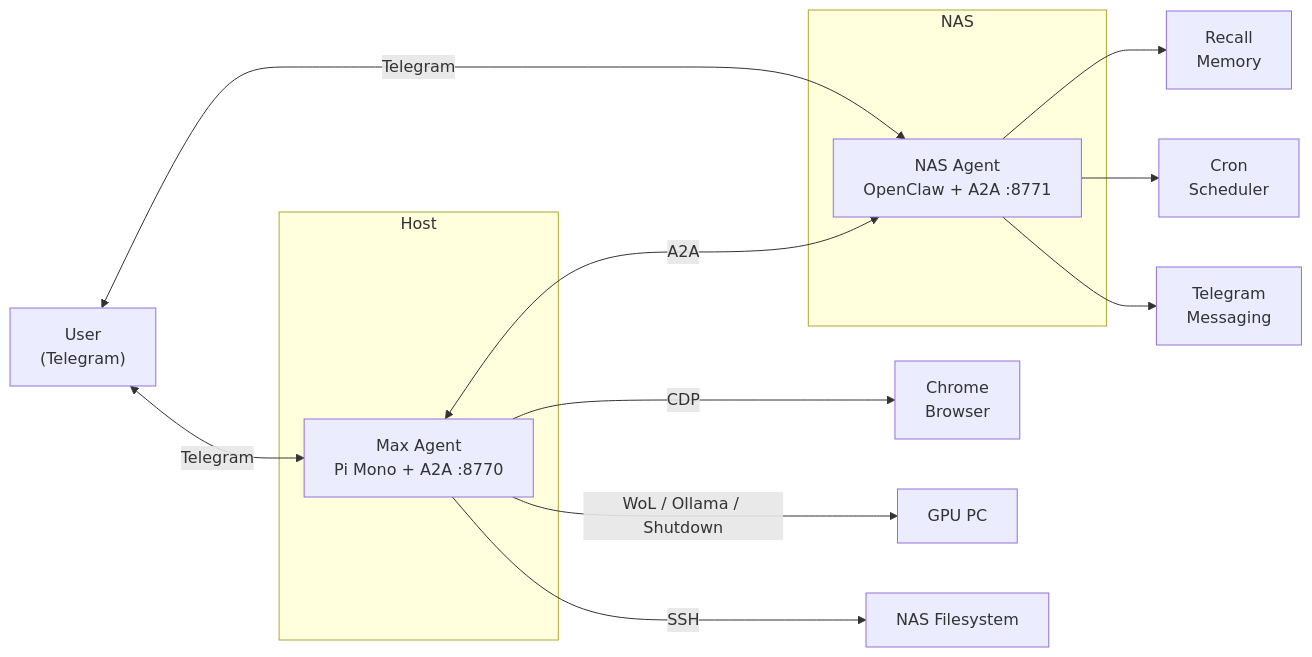
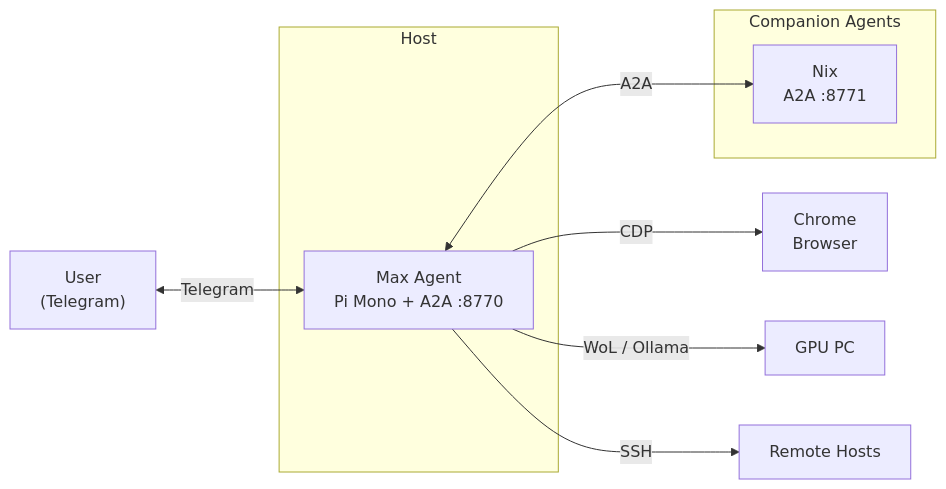
The diagram in README.md (arniesaha/agent-max), drawn with Mermaid before and after one commit. The commit also changed other lines of this file, not shown here.

````diff
--- a/README.md
+++ b/README.md
@@ -9,24 +13,19 @@
 ```mermaid
 graph LR
     User["User<br/>(Telegram)"]
 
     subgraph host["Host"]
         Max["Max Agent<br/>Pi Mono + A2A :8770"]
     end
 
-    subgraph nas["NAS"]
-        Nix["NAS Agent<br/>OpenClaw + A2A :8771"]
+    subgraph companion["Companion Agents"]
+        Nix["Nix<br/>A2A :8771"]
     end
 
     User <-->|Telegram| Max
-    User <-->|Telegram| Nix
     Max <-->|A2A| Nix
 
     Max -->|CDP| Chrome["Chrome<br/>Browser"]
-    Max -->|WoL / Ollama / Shutdown| GPU["GPU PC"]
-    Max -->|SSH| NAS_FS["NAS Filesystem"]
-
-    Nix --> Recall["Recall<br/>Memory"]
-    Nix --> Cron["Cron<br/>Scheduler"]
-    Nix --> TG["Telegram<br/>Messaging"]
+    Max -->|WoL / Ollama| GPU["GPU PC"]
+    Max -->|SSH| Remote["Remote Hosts"]
 ```
````
